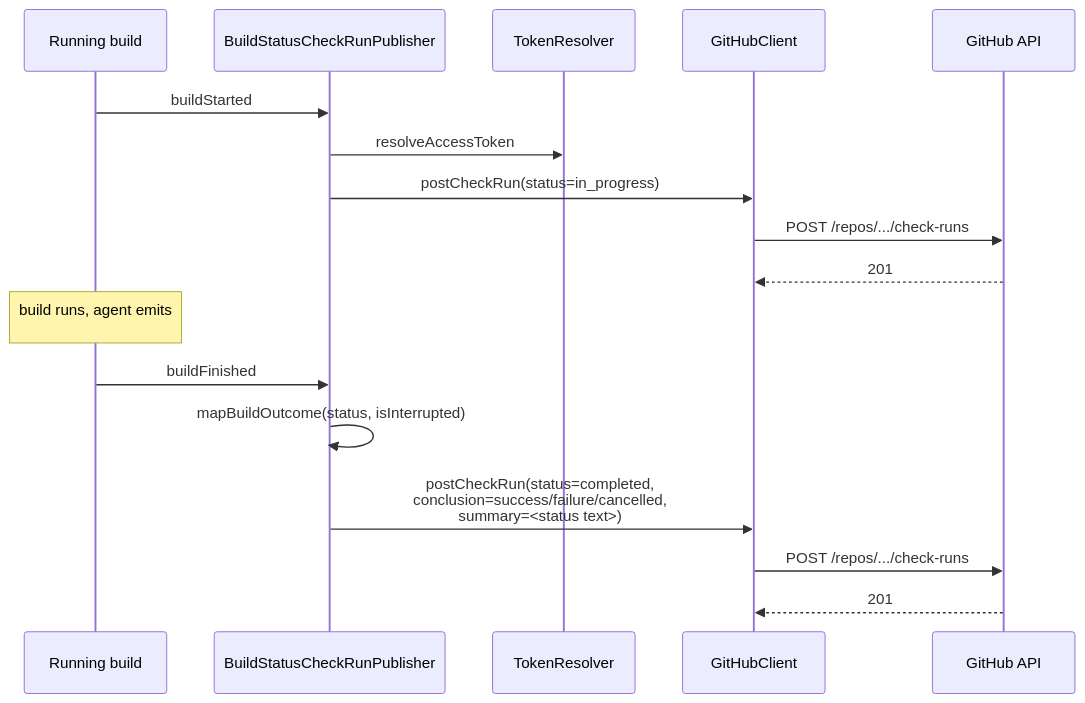
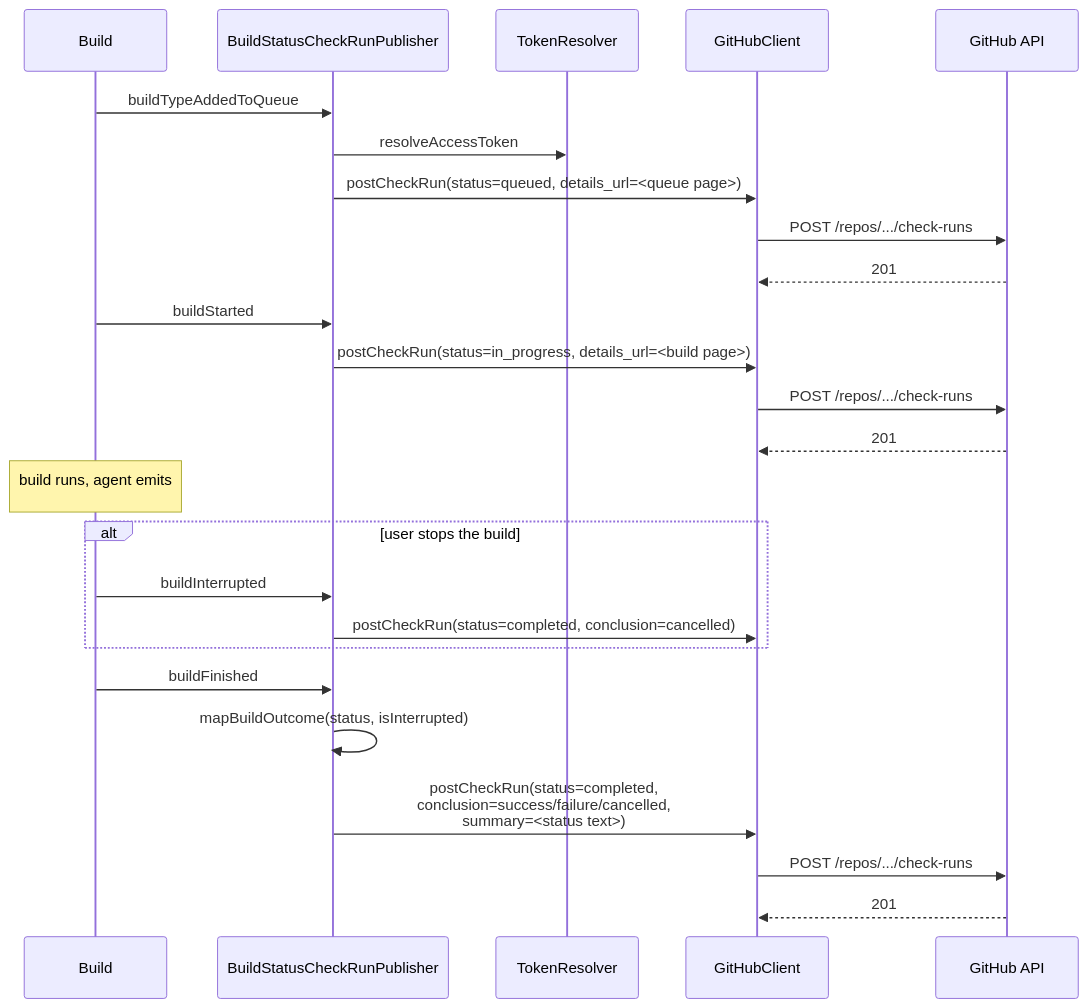
Before and after one commit to Silmaen/teamcity-github: the sixth of 7 diagrams in doc/usage-scenarios.md, drawn with Mermaid. The commit also changed other lines of this file and 17 other files, not shown here.

````diff
--- a/doc/usage-scenarios.md
+++ b/doc/usage-scenarios.md
@@ -265,22 +266,32 @@
 ```mermaid
 sequenceDiagram
-    participant Build as Running build
+    participant Build as Build
     participant Pub as BuildStatusCheckRunPublisher
     participant TR as TokenResolver
     participant GC as GitHubClient
     participant GH as GitHub API
 
+    Build->>Pub: buildTypeAddedToQueue
+    Pub->>TR: resolveAccessToken
+    Pub->>GC: postCheckRun(status=queued, details_url=<queue page>)
+    GC->>GH: POST /repos/.../check-runs
+    GH-->>GC: 201
+
     Build->>Pub: buildStarted
-    Pub->>TR: resolveAccessToken
-    Pub->>GC: postCheckRun(status=in_progress)
+    Pub->>GC: postCheckRun(status=in_progress, details_url=<build page>)
     GC->>GH: POST /repos/.../check-runs
     GH-->>GC: 201
 
     Note over Build: build runs, agent emits<br/>##teamcity[buildStatus text='3 warnings; 0 errors']
+
+    alt user stops the build
+        Build->>Pub: buildInterrupted
+        Pub->>GC: postCheckRun(status=completed, conclusion=cancelled)
+    end
 
     Build->>Pub: buildFinished
     Pub->>Pub: mapBuildOutcome(status, isInterrupted)
     Pub->>GC: postCheckRun(status=completed,<br/>conclusion=success/failure/cancelled,<br/>summary=<status text>)
     GC->>GH: POST /repos/.../check-runs
     GH-->>GC: 201
 ```
````
